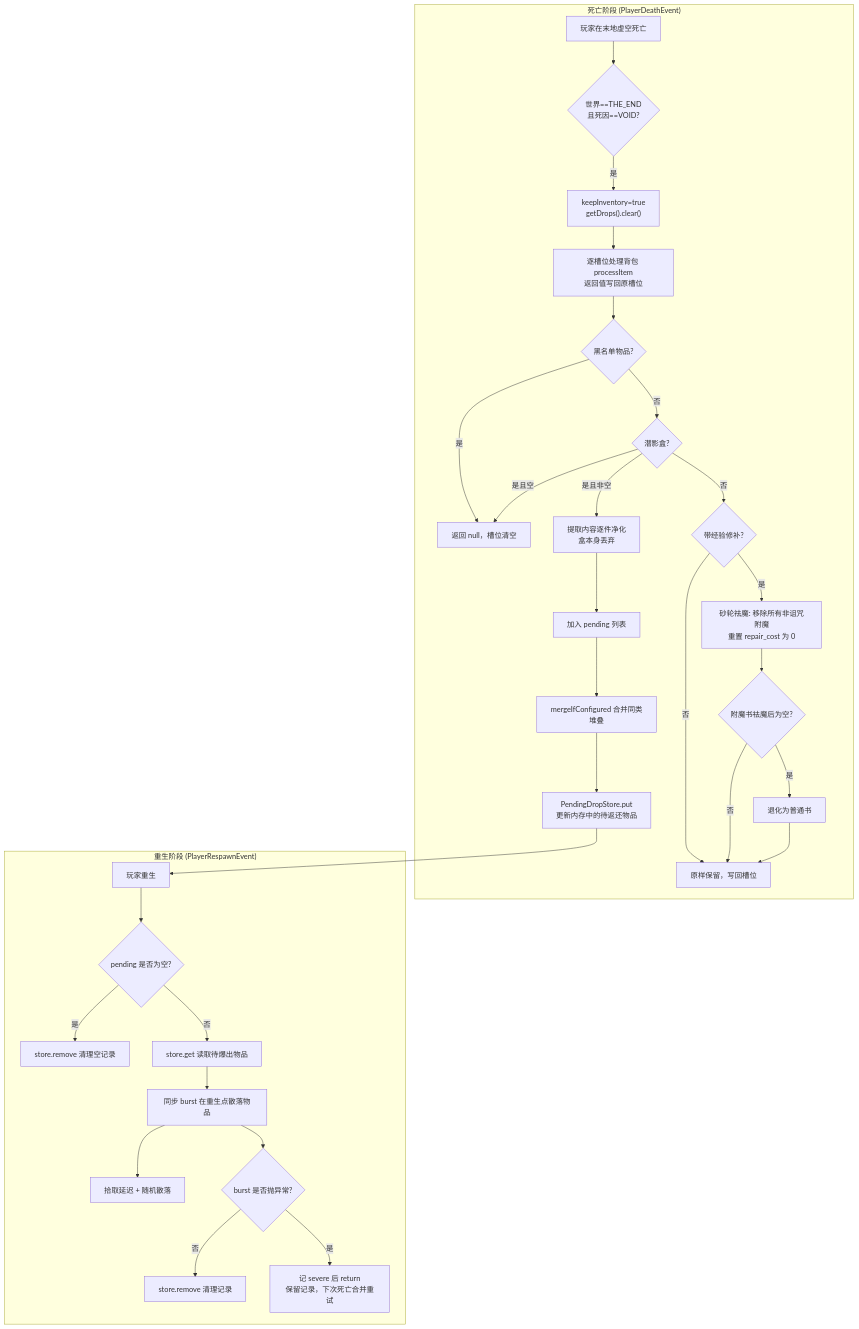
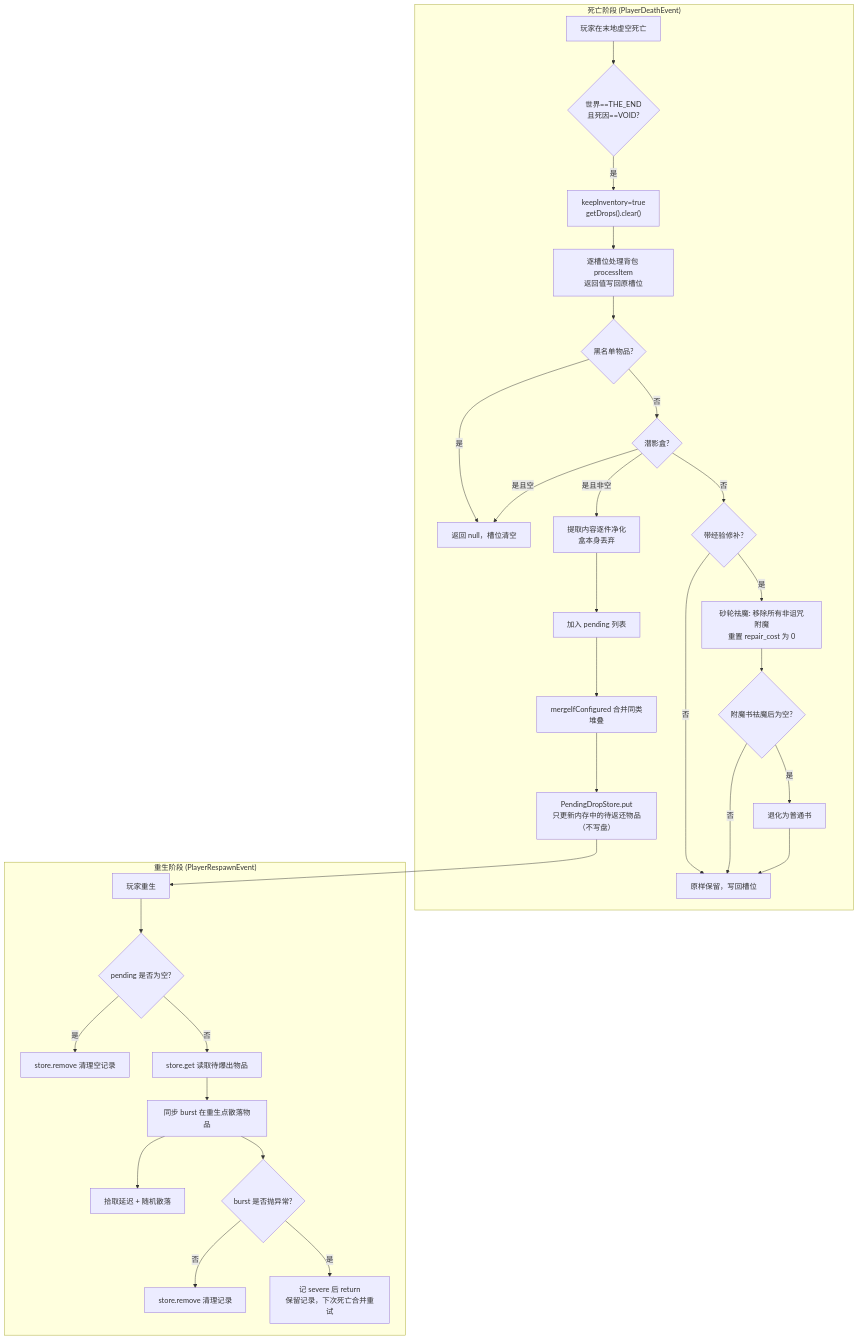
One commit to Lustrous-Hope-Makes-Dreams-Radiance/EndVoidRescue changed the first of 3 diagrams in docs/plugin-diagram.md. Above: the diagram before and after it, drawn with Mermaid. The commit also changed other lines of this file and 2 other files, not shown here.

````diff
--- a/docs/plugin-diagram.md
+++ b/docs/plugin-diagram.md
@@ -3,35 +3,35 @@
 ```mermaid
 flowchart TD
     subgraph 死亡阶段["死亡阶段 (PlayerDeathEvent)"]
         A["玩家在末地虚空死亡"] --> B{"世界==THE_END<br/>且死因==VOID?"}
         B -- 是 --> C["keepInventory=true<br/>getDrops().clear()"]
         C --> D["逐槽位处理背包 processItem<br/>返回值写回原槽位"]
         D --> E{"黑名单物品?"}
         E -- 是 --> X["返回 null，槽位清空"]
         E -- 否 --> F{"潜影盒?"}
         F -- 是且非空 --> G["提取内容逐件净化<br/>盒本身丢弃"]
         F -- 是且空 --> X
         F -- 否 --> H{"带经验修补?"}
         H -- 是 --> H2["砂轮祛魔: 移除所有非诅咒附魔<br/>重置 repair_cost 为 0"]
         H -- 否 --> I2["原样保留，写回槽位"]
         H2 --> H3{"附魔书祛魔后为空?"}
         H3 -- 是 --> H4["退化为普通书"]
         H3 -- 否 --> I2
         H4 --> I2
         G --> I["加入 pending 列表"]
         I --> J["mergeIfConfigured 合并同类堆叠"]
-        J --> K["PendingDropStore.put<br/>更新内存中的待返还物品"]
+        J --> K["PendingDropStore.put<br/>只更新内存中的待返还物品（不写盘）"]
     end
 
     subgraph 重生阶段["重生阶段 (PlayerRespawnEvent)"]
         K --> L["玩家重生"]
         L --> L2{"pending 是否为空?"}
         L2 -- 是 --> Q["store.remove 清理空记录"]
         L2 -- 否 --> M["store.get 读取待爆出物品"]
         M --> O["同步 burst 在重生点散落物品"]
         O --> P["拾取延迟 + 随机散落"]
         O --> R{"burst 是否抛异常?"}
         R -- 否 --> S["store.remove 清理记录"]
         R -- 是 --> T["记 severe 后 return<br/>保留记录，下次死亡合并重试"]
     end
 ```
````
